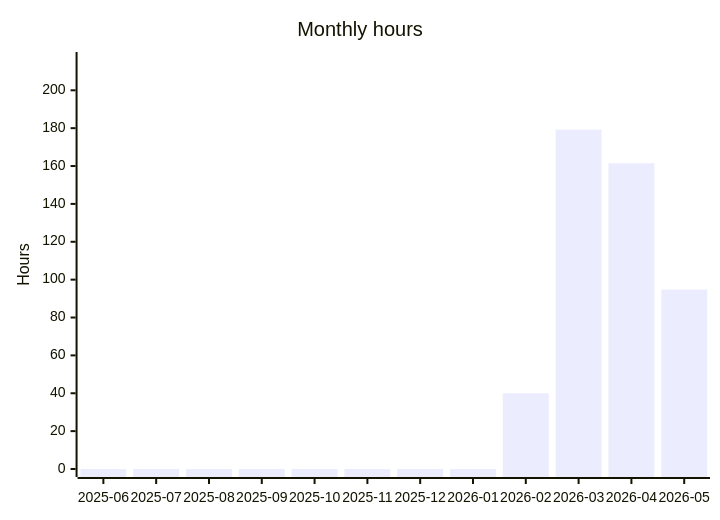
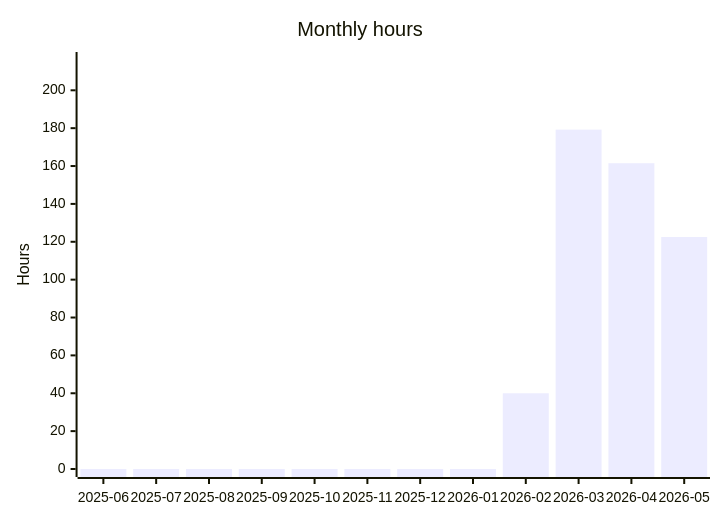
One commit to albinforsberg-netizen/timeclock changed the fourth of 5 diagrams in README.org. Above: the diagram before and after it, drawn with Mermaid. The commit also changed other lines of this file, not shown here.

```diff
--- a/README.org
+++ b/README.org
@@ -116,7 +116,7 @@
 #+begin_src mermaid
 xychart-beta
     title "Monthly hours"
     x-axis ["2025-06", "2025-07", "2025-08", "2025-09", "2025-10", "2025-11", "2025-12", "2026-01", "2026-02", "2026-03", "2026-04", "2026-05"]
     y-axis "Hours" 0 --> 216
-    bar [0.00, 0.00, 0.00, 0.00, 0.00, 0.00, 0.00, 0.00, 40.00, 179.23, 161.48, 94.79]
+    bar [0.00, 0.00, 0.00, 0.00, 0.00, 0.00, 0.00, 0.00, 40.00, 179.23, 161.48, 122.52]
 #+end_src
```
